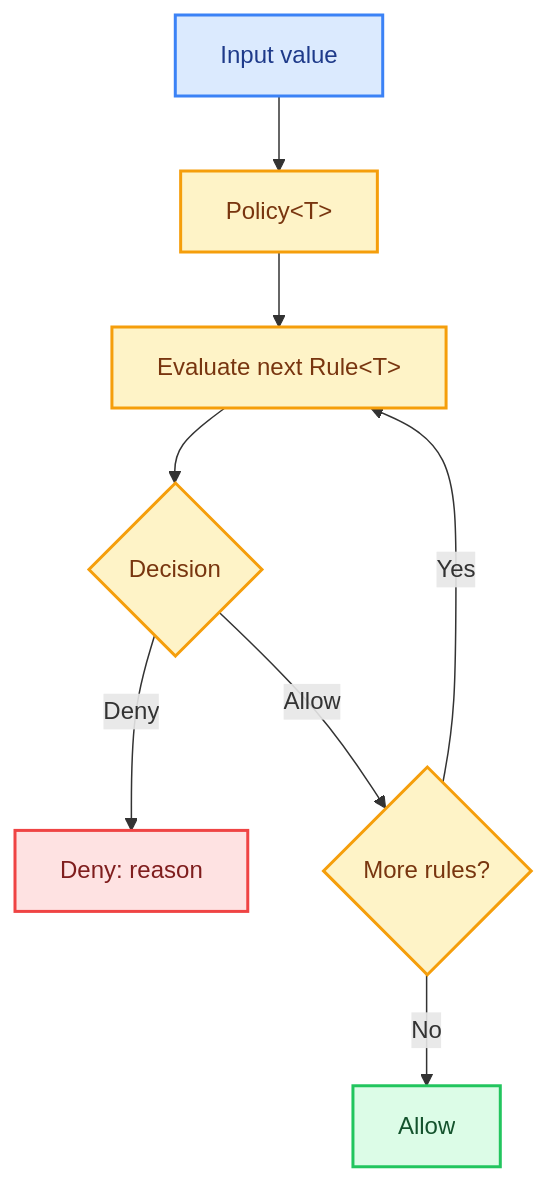
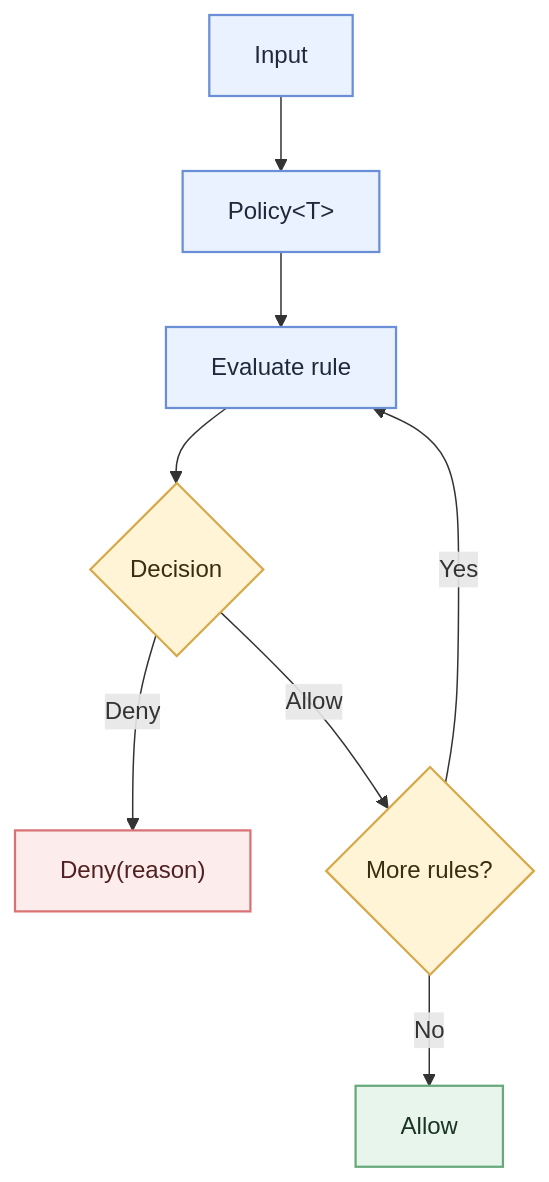
One commit to bksampadi/kotlin-policy changed the diagram in README.md. Above: the diagram before and after it, drawn with Mermaid. The commit also changed other lines of this file, not shown here.

Commit message:
Refine policy architecture diagram

````diff
--- a/README.md
+++ b/README.md
@@ -7,22 +9,20 @@
 ```mermaid
 flowchart TD
-    A["Input value"] --> B["Policy&lt;T&gt;"]
-    B --> C["Evaluate next Rule&lt;T&gt;"]
+    A["Input"] --> B["Policy&lt;T&gt;"]
+    B --> C["Evaluate rule"]
     C --> D{"Decision"}
-
-    D -->|Deny| E["Deny: reason"]
+    D -->|Deny| E["Deny(reason)"]
     D -->|Allow| F{"More rules?"}
-
     F -->|Yes| C
     F -->|No| G["Allow"]
 
-    classDef input fill:#DBEAFE,stroke:#3B82F6,color:#1E3A8A,stroke-width:2px;
-    classDef logic fill:#FEF3C7,stroke:#F59E0B,color:#78350F,stroke-width:2px;
-    classDef success fill:#DCFCE7,stroke:#22C55E,color:#14532D,stroke-width:2px;
-    classDef deny fill:#FEE2E2,stroke:#EF4444,color:#7F1D1D,stroke-width:2px;
+    classDef input fill:#EAF2FF,stroke:#6B8FD6,color:#1E2A3A,stroke-width:1.5px;
+    classDef decision fill:#FFF4D6,stroke:#D6A94A,color:#3A2D12,stroke-width:1.5px;
+    classDef success fill:#E8F5EC,stroke:#67A97A,color:#193522,stroke-width:1.5px;
+    classDef reject fill:#FCECEC,stroke:#D97373,color:#512020,stroke-width:1.5px;
 
-    class A input;
-    class B,C,D,F logic;
+    class A,B,C input;
+    class D,F decision;
     class G success;
-    class E deny;
+    class E reject;
 ```
````
